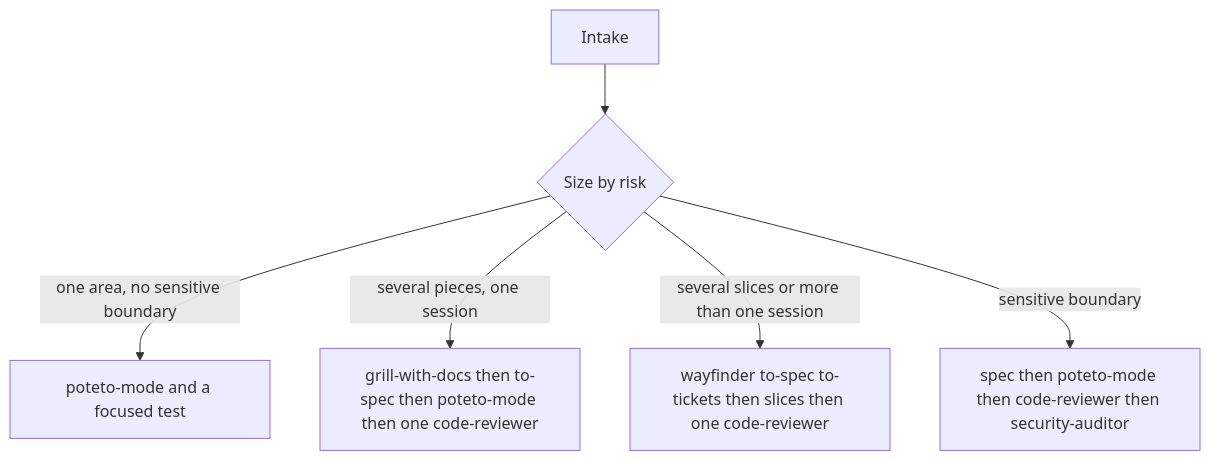
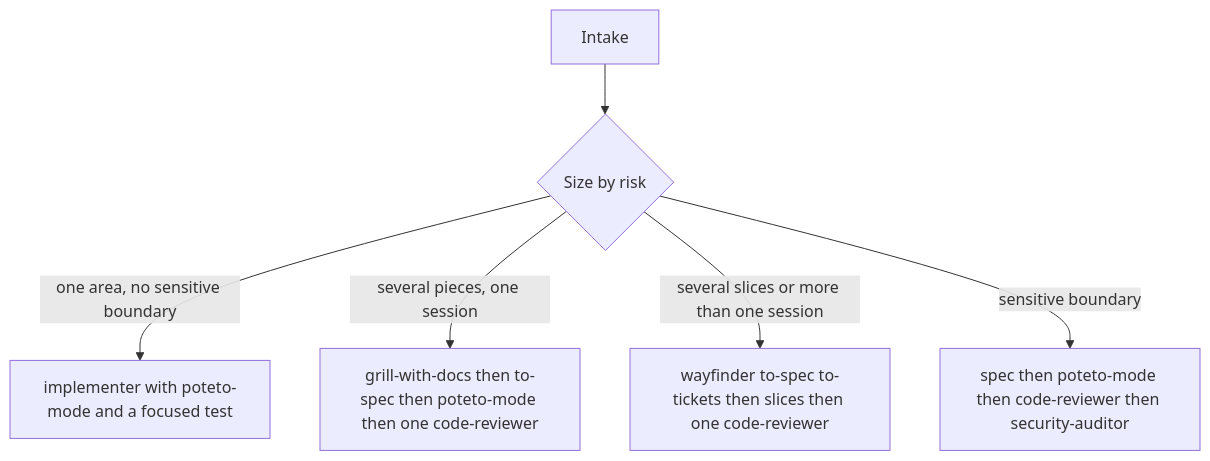
Before and after one commit to Byevenes/agent-workflow: the first of 2 diagrams in docs/workflow.md, drawn with Mermaid. The commit also changed other lines of this file and 4 other files, not shown here.

````diff
--- a/docs/workflow.md
+++ b/docs/workflow.md
@@ -13,8 +13,8 @@
 ```mermaid
 flowchart TD
   intake[Intake] --> size{Size by risk}
-  size -->|one area, no sensitive boundary| smallPath[poteto-mode and a focused test]
+  size -->|one area, no sensitive boundary| smallPath[implementer with poteto-mode and a focused test]
   size -->|several pieces, one session| medPath[grill-with-docs then to-spec then poteto-mode then one code-reviewer]
   size -->|several slices or more than one session| largePath[wayfinder to-spec to-tickets then slices then one code-reviewer]
   size -->|sensitive boundary| critPath[spec then poteto-mode then code-reviewer then security-auditor]
 ```
````
